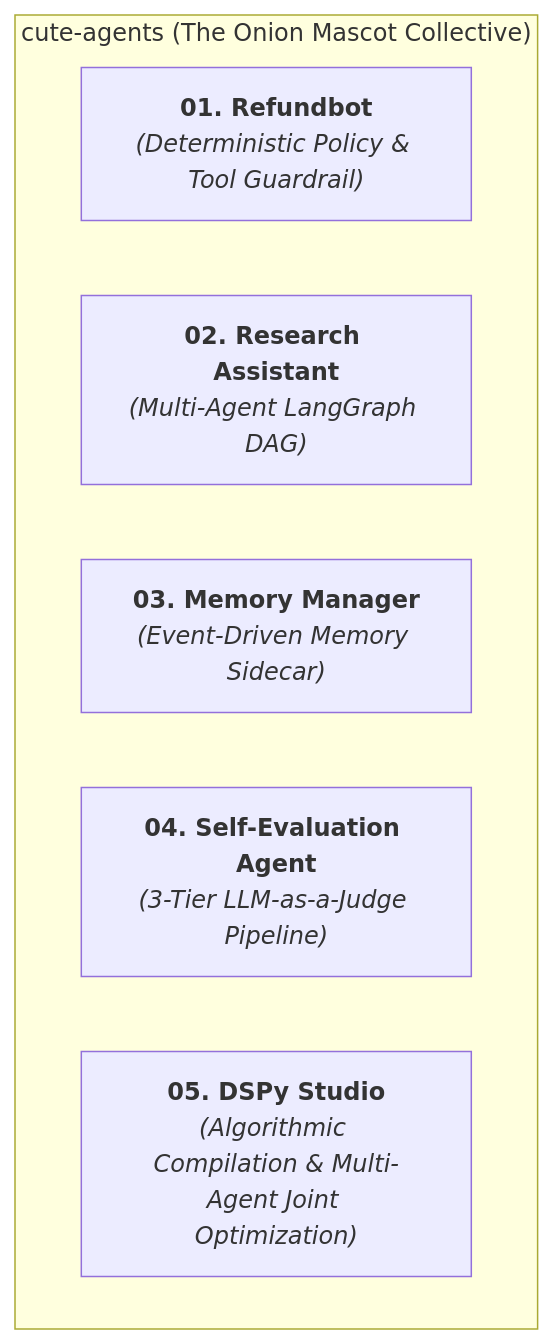
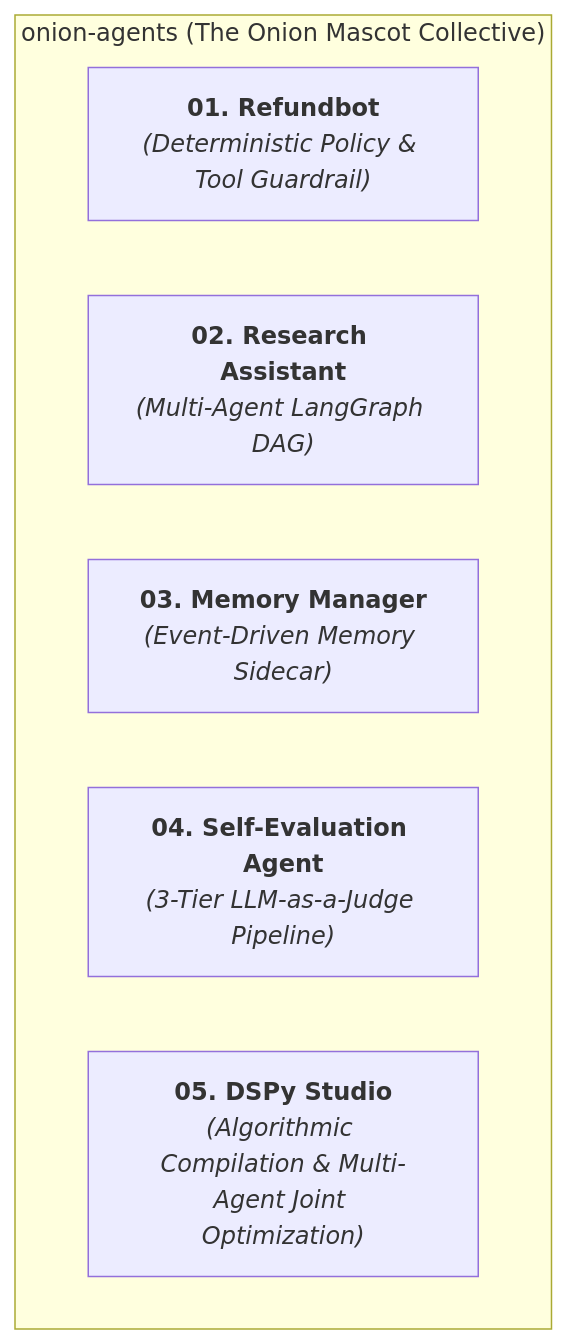
Before and after one commit to 21-aakash/cute-agents: the diagram in AGENTS.md, drawn with Mermaid. The commit also changed other lines of this file and 5 other files, not shown here.

Commit message:
chore(branding): rename monorepo and references from cute-agents to onion-agents

````diff
--- a/AGENTS.md
+++ b/AGENTS.md
@@ -9,10 +9,10 @@
 ```mermaid
 graph TD
-    subgraph Monorepo["cute-agents (The Onion Mascot Collective)"]
+    subgraph Monorepo["onion-agents (The Onion Mascot Collective)"]
         A["<b>01. Refundbot</b><br/><i>(Deterministic Policy & Tool Guardrail)</i>"]
         B["<b>02. Research Assistant</b><br/><i>(Multi-Agent LangGraph DAG)</i>"]
         C["<b>03. Memory Manager</b><br/><i>(Event-Driven Memory Sidecar)</i>"]
         D["<b>04. Self-Evaluation Agent</b><br/><i>(3-Tier LLM-as-a-Judge Pipeline)</i>"]
         E["<b>05. DSPy Studio</b><br/><i>(Algorithmic Compilation & Multi-Agent Joint Optimization)</i>"]
     end
 ```
````
